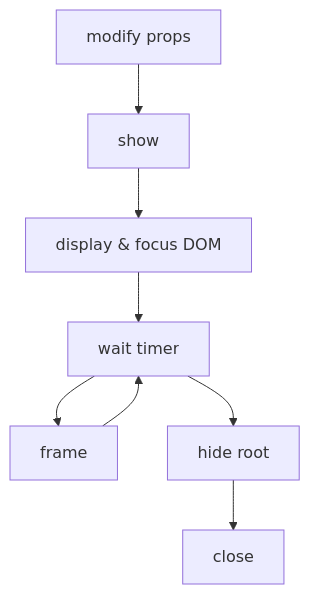
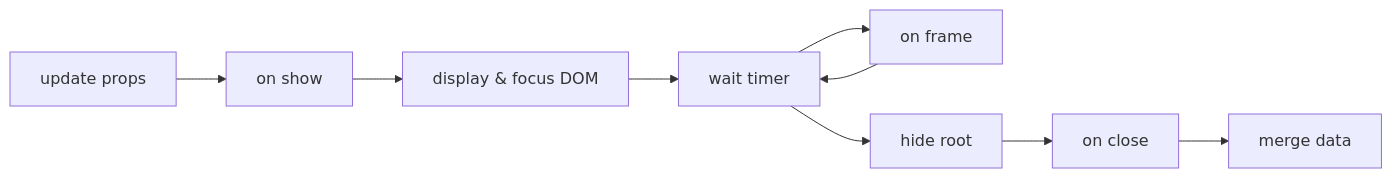
The first of 2 diagrams in packages/psytask/README.md (bluebonesx/psytask), drawn with Mermaid before and after one commit. The commit also changed other lines of this file and 32 other files, not shown here.

````diff
--- a/packages/psytask/README.md
+++ b/packages/psytask/README.md
@@ -315,4 +262,4 @@
 ```mermaid
-graph TD
-a[modify props] --> show --> b[display & focus DOM] --> d[wait timer] --> frame --> d --> e[hide root] --> close
+graph LR
+a[update props] --> l1[on show] --> b[display & focus DOM] --> d[wait timer] --> l2[on frame] --> d --> e[hide root] --> l3[on close] --> f[merge data]
 ```
````
